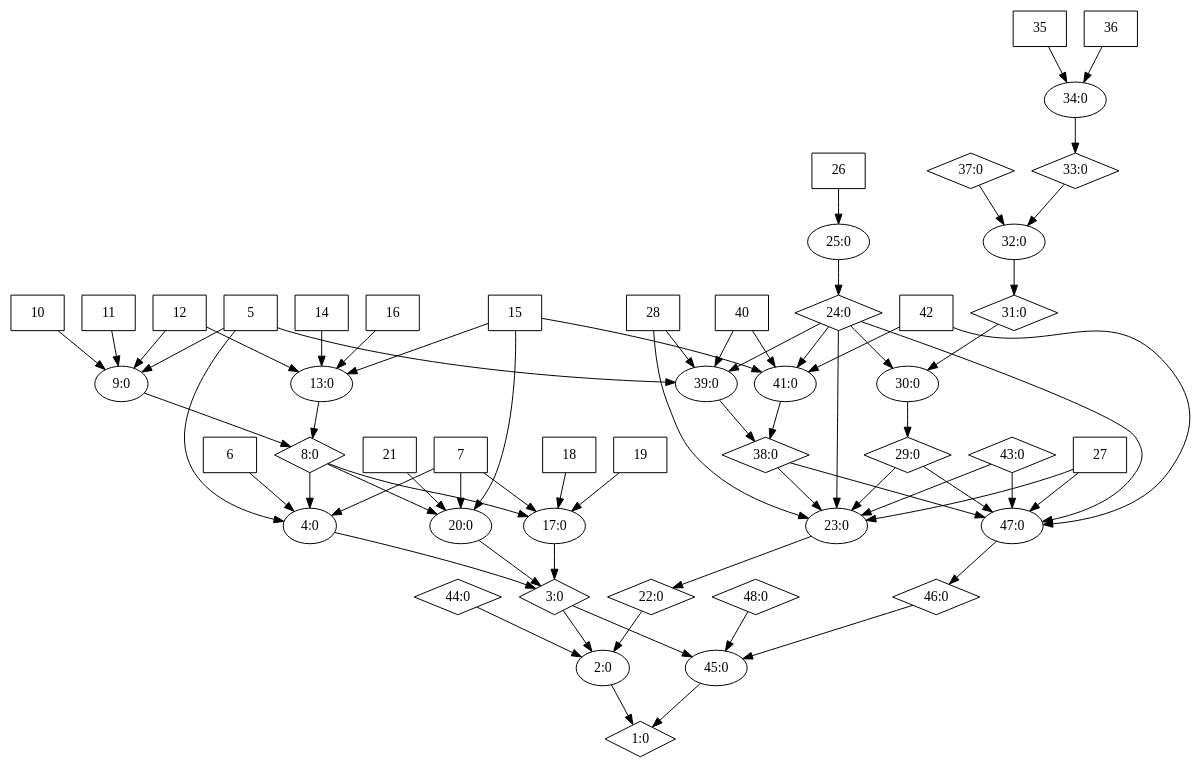
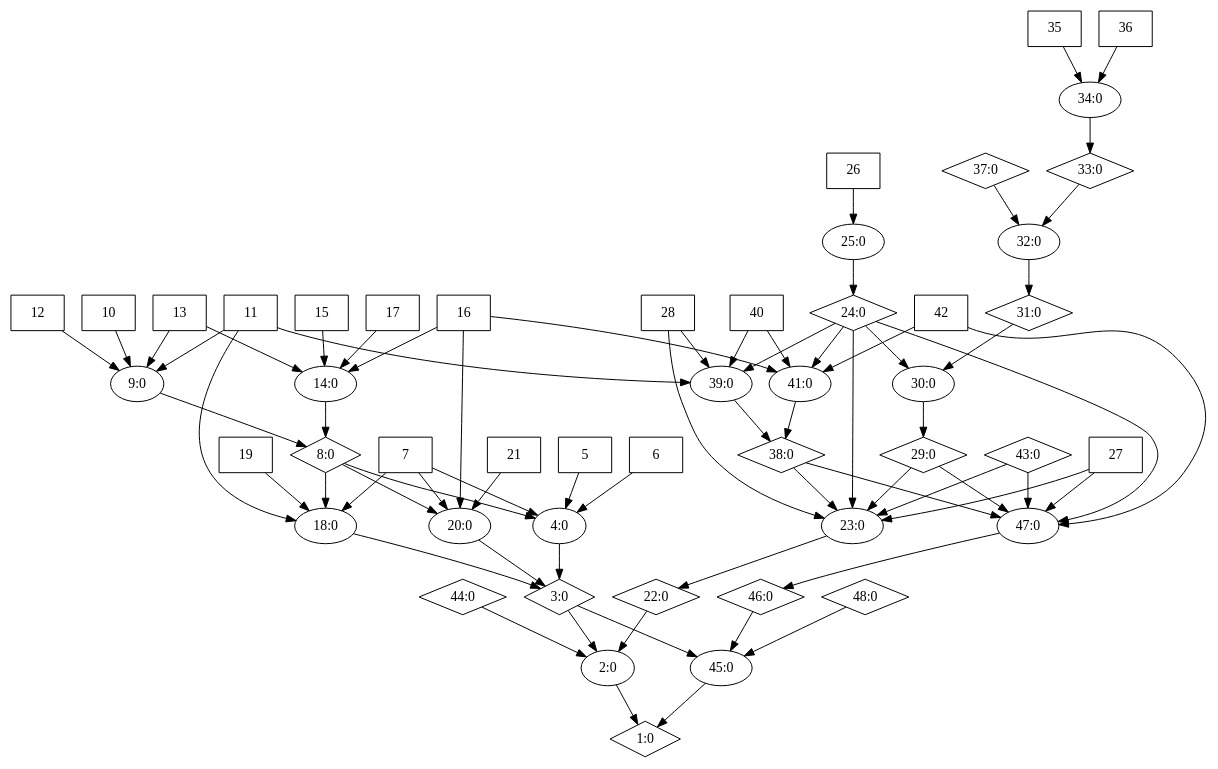
Before and after one commit to myuser5215/SCyTAG: the diagram in Bank-XL/AttackGraph/Code-Execution/AttackGraph.dot, drawn with Graphviz. The commit also changed 29 other files, not shown here.

```diff
--- a/Bank-XL/AttackGraph/Code-Execution/AttackGraph.dot
+++ b/Bank-XL/AttackGraph/Code-Execution/AttackGraph.dot
@@ -1,118 +1,118 @@
 digraph G {
 	1 [label="1:0",shape=diamond];
 	2 [label="2:0",shape=ellipse];
 	3 [label="3:0",shape=diamond];
 	4 [label="4:0",shape=ellipse];
 	5 [label="5",shape=box];
 	6 [label="6",shape=box];
 	7 [label="7",shape=box];
 	8 [label="8:0",shape=diamond];
 	9 [label="9:0",shape=ellipse];
 	10 [label="10",shape=box];
 	11 [label="11",shape=box];
 	12 [label="12",shape=box];
-	13 [label="13:0",shape=ellipse];
-	14 [label="14",shape=box];
+	13 [label="13",shape=box];
+	14 [label="14:0",shape=ellipse];
 	15 [label="15",shape=box];
 	16 [label="16",shape=box];
-	17 [label="17:0",shape=ellipse];
-	18 [label="18",shape=box];
+	17 [label="17",shape=box];
+	18 [label="18:0",shape=ellipse];
 	19 [label="19",shape=box];
 	20 [label="20:0",shape=ellipse];
 	21 [label="21",shape=box];
 	22 [label="22:0",shape=diamond];
 	23 [label="23:0",shape=ellipse];
 	24 [label="24:0",shape=diamond];
 	25 [label="25:0",shape=ellipse];
 	26 [label="26",shape=box];
 	27 [label="27",shape=box];
 	28 [label="28",shape=box];
 	29 [label="29:0",shape=diamond];
 	30 [label="30:0",shape=ellipse];
 	31 [label="31:0",shape=diamond];
 	32 [label="32:0",shape=ellipse];
 	33 [label="33:0",shape=diamond];
 	34 [label="34:0",shape=ellipse];
 	35 [label="35",shape=box];
 	36 [label="36",shape=box];
 	37 [label="37:0",shape=diamond];
 	38 [label="38:0",shape=diamond];
 	39 [label="39:0",shape=ellipse];
 	40 [label="40",shape=box];
 	41 [label="41:0",shape=ellipse];
 	42 [label="42",shape=box];
 	43 [label="43:0",shape=diamond];
 	44 [label="44:0",shape=diamond];
 	45 [label="45:0",shape=ellipse];
 	46 [label="46:0",shape=diamond];
 	47 [label="47:0",shape=ellipse];
 	48 [label="48:0",shape=diamond];
 	5 -> 	4;
 	6 -> 	4;
 	7 -> 	4;
 	10 -> 	9;
-	5 -> 	9;
 	11 -> 	9;
 	12 -> 	9;
+	13 -> 	9;
 	9 -> 	8;
-	14 -> 	13;
-	15 -> 	13;
-	16 -> 	13;
-	12 -> 	13;
-	13 -> 	8;
+	15 -> 	14;
+	16 -> 	14;
+	17 -> 	14;
+	13 -> 	14;
+	14 -> 	8;
 	8 -> 	4;
 	4 -> 	3;
-	18 -> 	17;
-	19 -> 	17;
-	7 -> 	17;
-	8 -> 	17;
-	17 -> 	3;
-	15 -> 	20;
+	11 -> 	18;
+	19 -> 	18;
+	7 -> 	18;
+	8 -> 	18;
+	18 -> 	3;
+	16 -> 	20;
 	21 -> 	20;
 	7 -> 	20;
 	8 -> 	20;
 	20 -> 	3;
 	3 -> 	2;
 	26 -> 	25;
 	25 -> 	24;
 	24 -> 	23;
 	27 -> 	23;
 	28 -> 	23;
 	24 -> 	30;
 	35 -> 	34;
 	36 -> 	34;
 	34 -> 	33;
 	33 -> 	32;
 	37 -> 	32;
 	32 -> 	31;
 	31 -> 	30;
 	30 -> 	29;
 	29 -> 	23;
 	40 -> 	39;
-	5 -> 	39;
+	11 -> 	39;
 	28 -> 	39;
 	24 -> 	39;
 	39 -> 	38;
 	40 -> 	41;
-	15 -> 	41;
+	16 -> 	41;
 	42 -> 	41;
 	24 -> 	41;
 	41 -> 	38;
 	38 -> 	23;
 	43 -> 	23;
 	23 -> 	22;
 	22 -> 	2;
 	44 -> 	2;
 	2 -> 	1;
 	3 -> 	45;
 	24 -> 	47;
 	27 -> 	47;
 	42 -> 	47;
 	29 -> 	47;
 	38 -> 	47;
 	43 -> 	47;
 	47 -> 	46;
 	46 -> 	45;
 	48 -> 	45;
 	45 -> 	1;
 }
```
